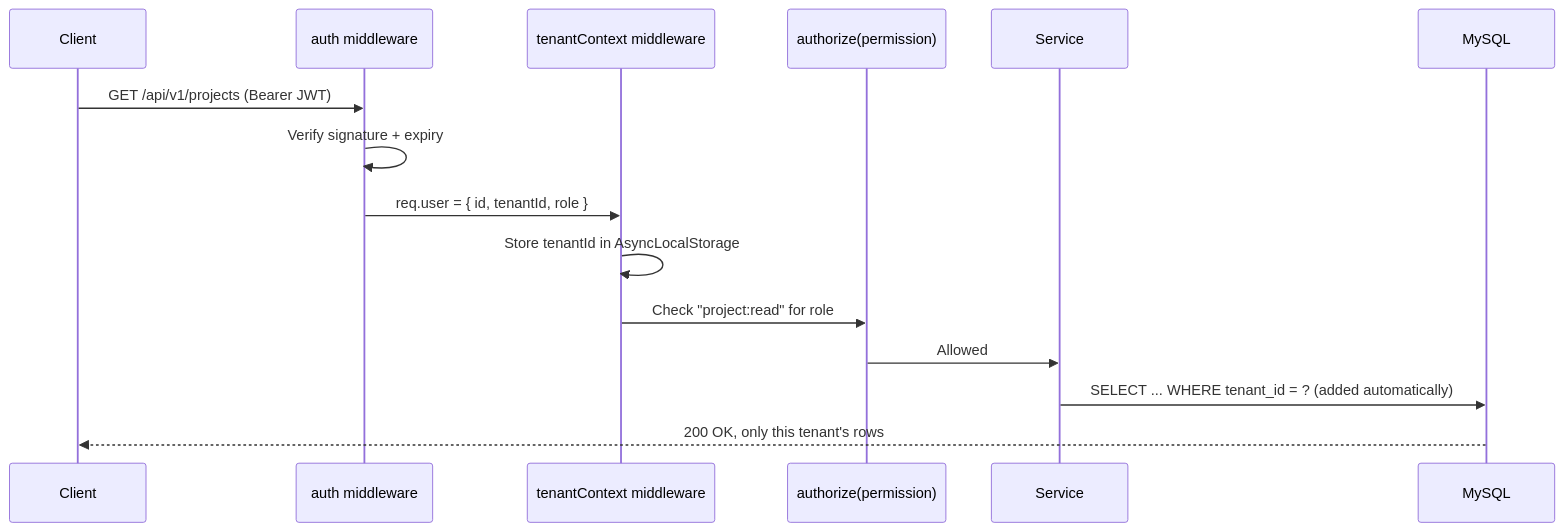
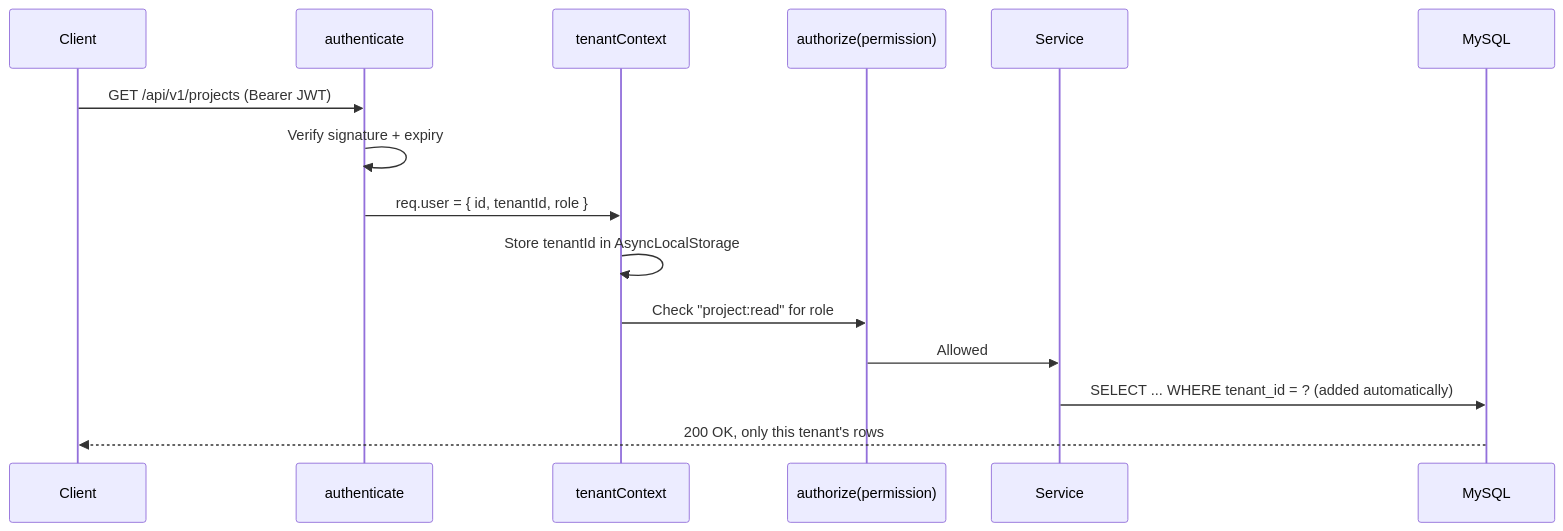
The second of 3 diagrams in README.md (shantanuban96/shantanuban96), drawn with Mermaid before and after one commit. The commit also changed other lines of this file, not shown here.

````diff
--- a/README.md
+++ b/README.md
@@ -66,18 +106,18 @@
 ```mermaid
 sequenceDiagram
     participant Client
-    participant Auth as auth middleware
-    participant Tenant as tenantContext middleware
+    participant Auth as authenticate
+    participant Tenant as tenantContext
     participant RBAC as authorize(permission)
     participant Service
     participant DB as MySQL
 
     Client->>Auth: GET /api/v1/projects (Bearer JWT)
     Auth->>Auth: Verify signature + expiry
     Auth->>Tenant: req.user = { id, tenantId, role }
     Tenant->>Tenant: Store tenantId in AsyncLocalStorage
     Tenant->>RBAC: Check "project:read" for role
     RBAC->>Service: Allowed
     Service->>DB: SELECT ... WHERE tenant_id = ? (added automatically)
     DB-->>Client: 200 OK, only this tenant's rows
 ```
````
